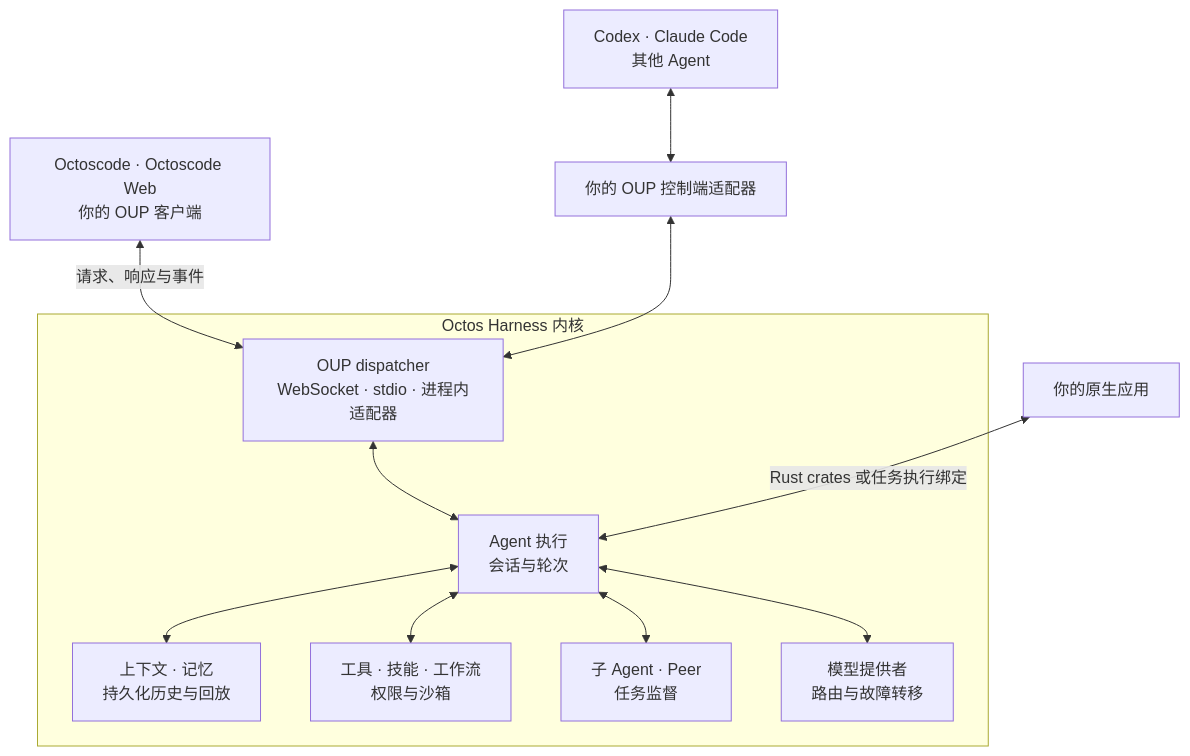
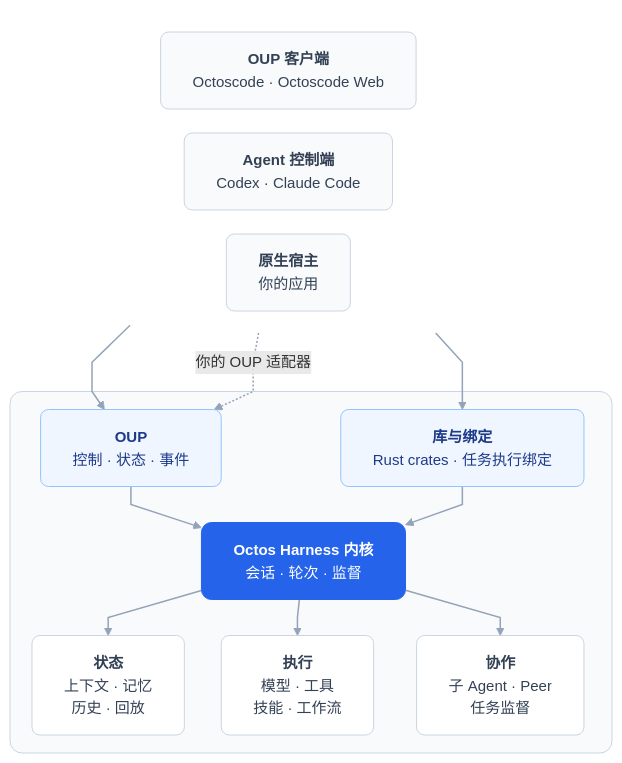
One commit to RoooyHe/octos changed the first of 2 diagrams in README-zh.md. Above: the diagram before and after it, drawn with Mermaid. The commit also changed other lines of this file and 1 other file, not shown here.

Commit message:
docs: clarify README diagrams with layered cards and a sequence flow

````diff
--- a/README-zh.md
+++ b/README-zh.md
@@ -52,27 +52,41 @@
 ```mermaid
+%%{init: {"themeVariables":{"fontFamily":"system-ui, sans-serif","fontSize":"15px"},"flowchart":{"curve":"linear","nodeSpacing":24,"rankSpacing":36,"padding":16,"wrappingWidth":240}}}%%
 flowchart TB
-    Native["你的原生应用"]
-    Clients["Octoscode · Octoscode Web<br/>你的 OUP 客户端"]
-    Controllers["Codex · Claude Code<br/>其他 Agent"]
-    Adapter["你的 OUP 控制端适配器"]
-
-    subgraph Octos["Octos Harness 内核"]
-        OUP["OUP dispatcher<br/>WebSocket · stdio · 进程内适配器"]
-        Runtime["Agent 执行<br/>会话与轮次"]
-        Context["上下文 · 记忆<br/>持久化历史与回放"]
-        Execution["工具 · 技能 · 工作流<br/>权限与沙箱"]
-        Agents["子 Agent · Peer<br/>任务监督"]
-        Models["模型提供者<br/>路由与故障转移"]
-
-        OUP <--> Runtime
-        Runtime <--> Context
-        Runtime <--> Execution
-        Runtime <--> Agents
-        Runtime <--> Models
+    subgraph Apps[" "]
+        direction LR
+        Clients["<b>OUP 客户端</b><br/>Octoscode · Octoscode Web"]
+        Controllers["<b>Agent 控制端</b><br/>Codex · Claude Code"]
+        Native["<b>原生宿主</b><br/>你的应用"]
     end
 
-    Native <-->|Rust crates 或任务执行绑定| Runtime
-    Clients <-->|请求、响应与事件| OUP
-    Controllers <--> Adapter
-    Adapter <--> OUP
+    subgraph Kernel[" "]
+        OUP["<b>OUP</b><br/>控制 · 状态 · 事件"]
+        API["<b>库与绑定</b><br/>Rust crates · 任务执行绑定"]
+        Runtime["<b>Octos Harness 内核</b><br/>会话 · 轮次 · 监督"]
+        State["<b>状态</b><br/>上下文 · 记忆<br/>历史 · 回放"]
+        Execution["<b>执行</b><br/>模型 · 工具<br/>技能 · 工作流"]
+        Coordination["<b>协作</b><br/>子 Agent · Peer<br/>任务监督"]
+
+        OUP --> Runtime
+        API --> Runtime
+        Runtime --> State
+        Runtime --> Execution
+        Runtime --> Coordination
+    end
+
+    Clients --> OUP
+    Controllers -.->|你的 OUP 适配器| OUP
+    Native --> API
+
+    classDef app fill:#f8fafc,stroke:#cbd5e1,color:#334155,stroke-width:1px,rx:8,ry:8
+    classDef interface fill:#eff6ff,stroke:#93c5fd,color:#1e3a8a,stroke-width:1px,rx:8,ry:8
+    classDef core fill:#2563eb,stroke:#2563eb,color:#ffffff,stroke-width:1px,rx:10,ry:10
+    classDef capability fill:#ffffff,stroke:#cbd5e1,color:#334155,stroke-width:1px,rx:8,ry:8
+    class Clients,Controllers,Native app
+    class OUP,API interface
+    class Runtime core
+    class State,Execution,Coordination capability
+    style Apps fill:transparent,stroke:transparent
+    style Kernel fill:#f8fafc,stroke:#cbd5e1,color:#334155,stroke-width:1px,rx:12,ry:12
+    linkStyle default stroke:#94a3b8,stroke-width:1.5px
 ```
````
